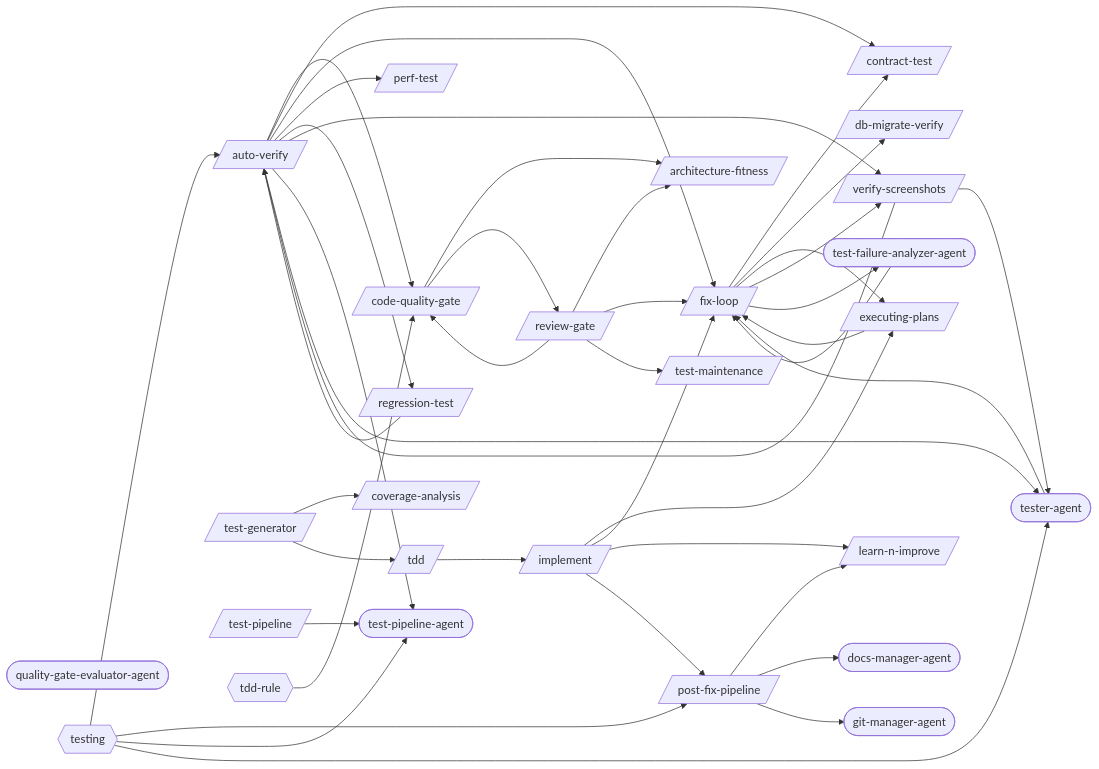
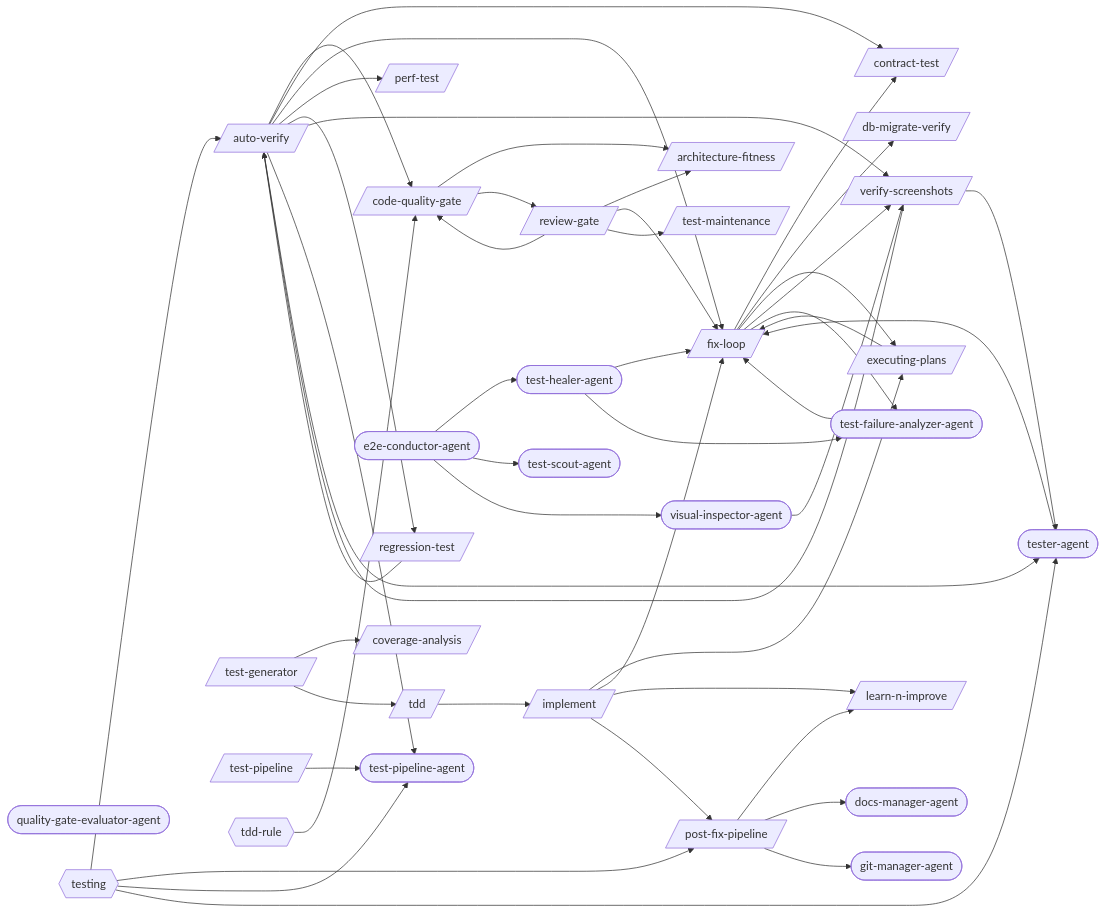
One commit to abhayla/claude-best-practices changed the first of 2 diagrams in docs/workflows/testing-pipeline.md. Above: the diagram before and after it, drawn with Mermaid. The commit also changed other lines of this file and 27 other files, not shown here.

First line of the commit message:
feat: add async queue-based E2E test orchestration with visual verification

````diff
--- a/docs/workflows/testing-pipeline.md
+++ b/docs/workflows/testing-pipeline.md
@@ -9,71 +9,81 @@
 ```mermaid
 graph LR
     architecture_fitness[/architecture-fitness/]
     auto_verify[/auto-verify/]
     code_quality_gate[/code-quality-gate/]
     contract_test[/contract-test/]
     coverage_analysis[/coverage-analysis/]
     db_migrate_verify[/db-migrate-verify/]
     executing_plans[/executing-plans/]
     fix_loop[/fix-loop/]
     implement[/implement/]
     learn_n_improve[/learn-n-improve/]
     perf_test[/perf-test/]
     post_fix_pipeline[/post-fix-pipeline/]
     regression_test[/regression-test/]
     review_gate[/review-gate/]
     tdd[/tdd/]
     test_generator[/test-generator/]
     test_maintenance[/test-maintenance/]
     test_pipeline[/test-pipeline/]
     verify_screenshots[/verify-screenshots/]
     docs_manager_agent([docs-manager-agent])
+    e2e_conductor_agent([e2e-conductor-agent])
     git_manager_agent([git-manager-agent])
     quality_gate_evaluator_agent([quality-gate-evaluator-agent])
     test_failure_analyzer_agent([test-failure-analyzer-agent])
+    test_healer_agent([test-healer-agent])
     test_pipeline_agent([test-pipeline-agent])
+    test_scout_agent([test-scout-agent])
     tester_agent([tester-agent])
+    visual_inspector_agent([visual-inspector-agent])
     tdd_rule{{tdd-rule}}
     testing{{testing}}
     auto_verify --> code_quality_gate
     auto_verify --> contract_test
     auto_verify --> fix_loop
     auto_verify --> perf_test
     auto_verify --> regression_test
     auto_verify --> verify_screenshots
     auto_verify --> test_pipeline_agent
     auto_verify --> tester_agent
     code_quality_gate --> architecture_fitness
     code_quality_gate --> review_gate
     executing_plans --> fix_loop
     fix_loop --> contract_test
     fix_loop --> db_migrate_verify
     fix_loop --> executing_plans
     fix_loop --> verify_screenshots
     fix_loop --> test_failure_analyzer_agent
     implement --> executing_plans
     implement --> fix_loop
     implement --> learn_n_improve
     implement --> post_fix_pipeline
     post_fix_pipeline --> learn_n_improve
     post_fix_pipeline --> docs_manager_agent
     post_fix_pipeline --> git_manager_agent
     regression_test --> auto_verify
     review_gate --> architecture_fitness
     review_gate --> code_quality_gate
     review_gate --> fix_loop
     review_gate --> test_maintenance
     tdd --> implement
     test_generator --> coverage_analysis
     test_generator --> tdd
     test_pipeline --> test_pipeline_agent
     verify_screenshots --> auto_verify
     verify_screenshots --> tester_agent
+    e2e_conductor_agent --> test_healer_agent
+    e2e_conductor_agent --> test_scout_agent
+    e2e_conductor_agent --> visual_inspector_agent
     test_failure_analyzer_agent --> fix_loop
+    test_healer_agent --> fix_loop
+    test_healer_agent --> test_failure_analyzer_agent
     tester_agent --> fix_loop
+    visual_inspector_agent --> verify_screenshots
     tdd_rule --> code_quality_gate
     testing --> auto_verify
     testing --> post_fix_pipeline
     testing --> test_pipeline_agent
     testing --> tester_agent
 ```
````
